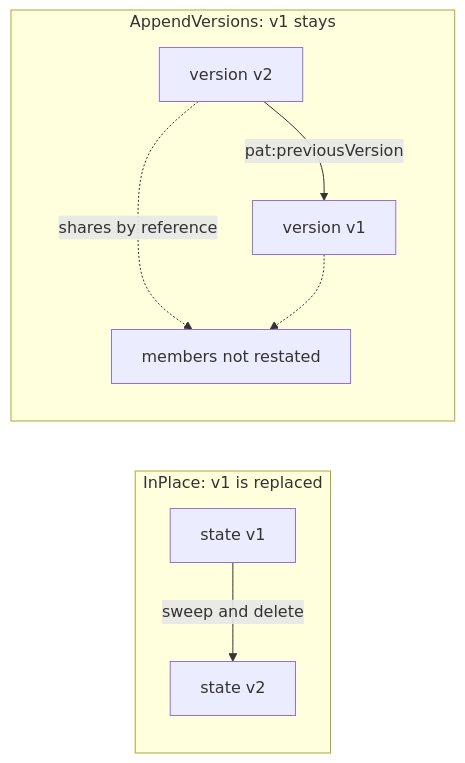
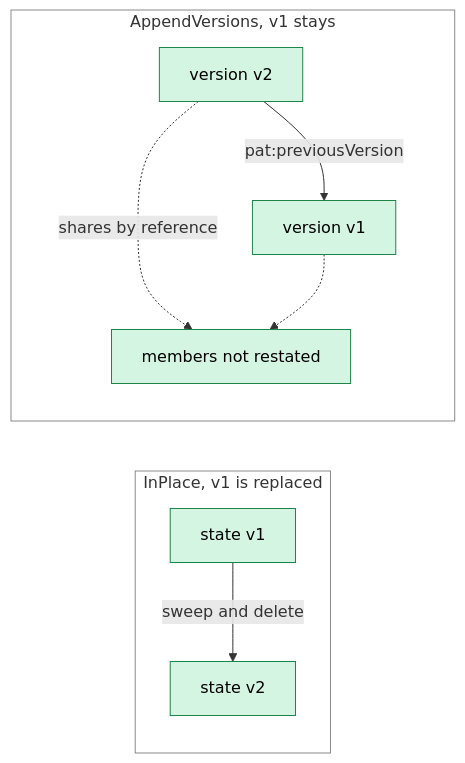
One commit to nebularis/lattice changed diagram 15 of 50 in ontology/persistence/README.md. Above: the diagram before and after it, drawn with Mermaid. The commit also changed other lines of this file and 9 other files, not shown here.

````diff
--- a/ontology/persistence/README.md
+++ b/ontology/persistence/README.md
@@ -1404,11 +1496,14 @@
 ```mermaid
 flowchart LR
-  subgraph inplace["InPlace: v1 is replaced"]
-    A1["state v1"] -- "sweep and delete" --> A2["state v2"]
+  subgraph inplace["InPlace, v1 is replaced"]
+    A1["state v1"]:::data -- "sweep and delete" --> A2["state v2"]:::data
   end
-  subgraph versions["AppendVersions: v1 stays"]
-    B2["version v2"] -- "pat:previousVersion" --> B1["version v1"]
-    B2 -. "shares by reference" .-> M["members not restated"]
+  subgraph versions["AppendVersions, v1 stays"]
+    B2["version v2"]:::data -- "pat:previousVersion" --> B1["version v1"]:::data
+    B2 -. "shares by reference" .-> M["members not restated"]:::data
     B1 -.-> M
   end
+  style inplace fill:none,stroke:#8a8a8a
+  style versions fill:none,stroke:#8a8a8a
+    classDef data fill:#d5f5e3,stroke:#1e8449,color:#000
 ```
````
